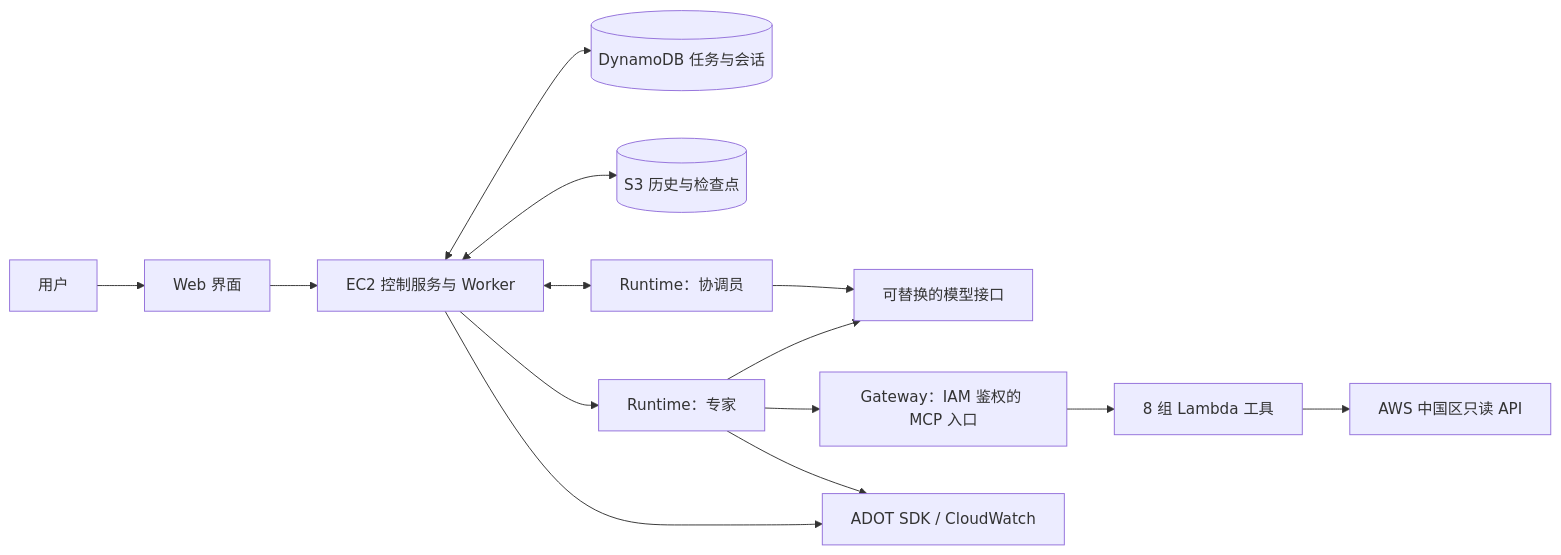
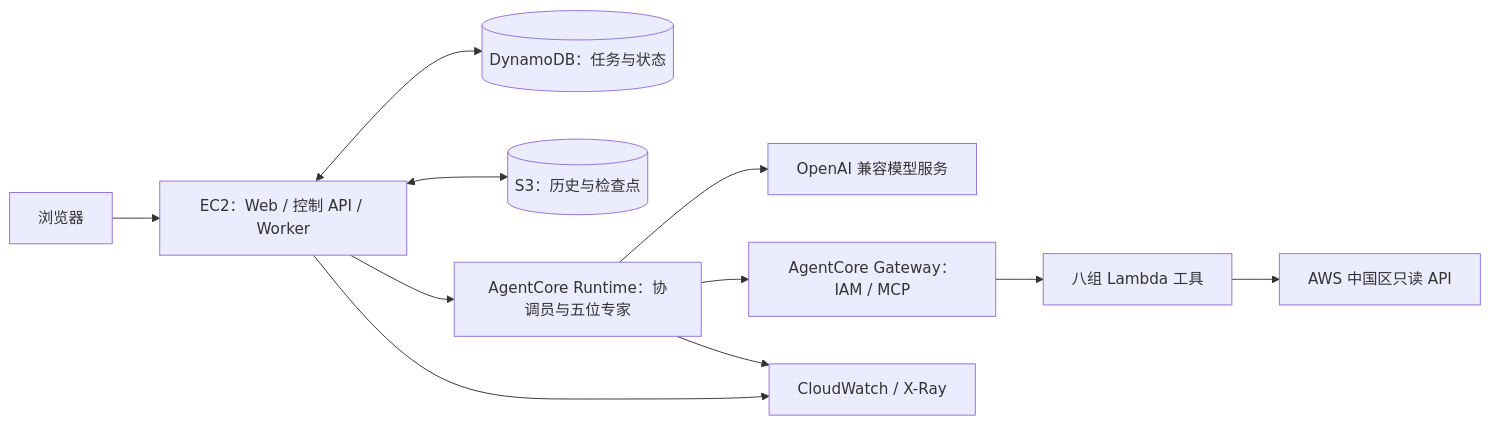
One commit to zjinsong/CloudOps-AgentCore-China changed the diagram in README.md. Above: the diagram before and after it, drawn with Mermaid. The commit also changed other lines of this file and 18 other files, not shown here.

Commit message:
docs: streamline customer architecture deployment testing and cleanup guides

````diff
--- a/README.md
+++ b/README.md
@@ -11,16 +7,13 @@
 ```mermaid
 flowchart LR
-    U[用户] --> W[Web 界面]
-    W --> C[EC2 控制服务与 Worker]
-    C <--> D[(DynamoDB 任务与会话)]
-    C <--> S[(S3 历史与检查点)]
-    C <--> R[Runtime：协调员]
-    C --> E[Runtime：专家]
-    R --> M[可替换的模型接口]
-    E --> M
-    E --> G[Gateway：IAM 鉴权的 MCP 入口]
-    G --> L[8 组 Lambda 工具]
+    U[浏览器] --> W[EC2：Web / 控制 API / Worker]
+    W <--> D[(DynamoDB：任务与状态)]
+    W <--> S[(S3：历史与检查点)]
+    W --> R[AgentCore Runtime：协调员与五位专家]
+    R --> M[OpenAI 兼容模型服务]
+    R --> G[AgentCore Gateway：IAM / MCP]
+    G --> L[八组 Lambda 工具]
     L --> A[AWS 中国区只读 API]
-    C --> O[ADOT SDK / CloudWatch]
-    E --> O
+    W --> O[CloudWatch / X-Ray]
+    R --> O
 ```
````
